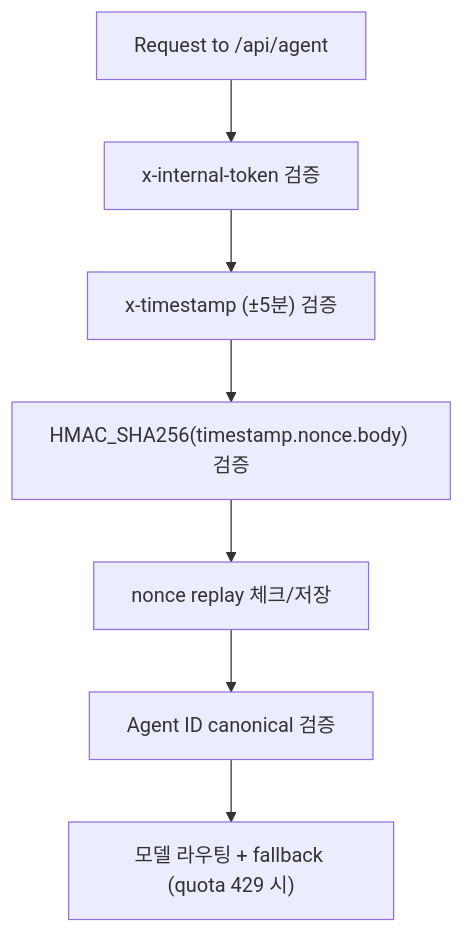
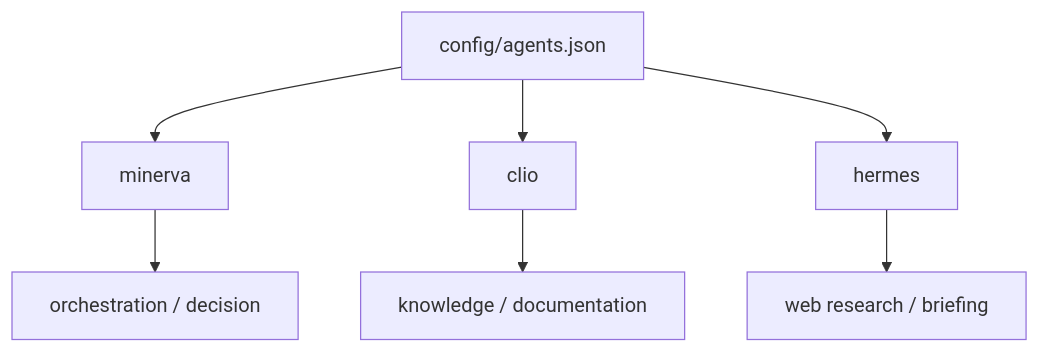
Before and after one commit to Merchantlee99/Personal-AI-agent-v2: the second of 3 diagrams in docs/COMMIT_BASELINE_V2.md, drawn with Mermaid. The commit also changed other lines of this file and 4 other files, not shown here.

Commit message:
docs: refresh architecture and security baseline with mermaid (#6)

````diff
--- a/docs/COMMIT_BASELINE_V2.md
+++ b/docs/COMMIT_BASELINE_V2.md
@@ -31,9 +33,9 @@
 ```mermaid
 flowchart TD
-  A["Request to /api/agent"] --> B["x-internal-token 검증"]
-  B --> C["x-timestamp (±5분) 검증"]
-  C --> D["HMAC_SHA256(timestamp.nonce.body) 검증"]
-  D --> E["nonce replay 체크/저장"]
-  E --> F["Agent ID canonical 검증"]
-  F --> G["모델 라우팅 + fallback (quota 429 시)"]
+  CFG["config/agents.json"] --> M["minerva"]
+  CFG --> C["clio"]
+  CFG --> H["hermes"]
+  M --> M1["orchestration / decision"]
+  C --> C1["knowledge / documentation"]
+  H --> H1["web research / briefing"]
 ```
````
